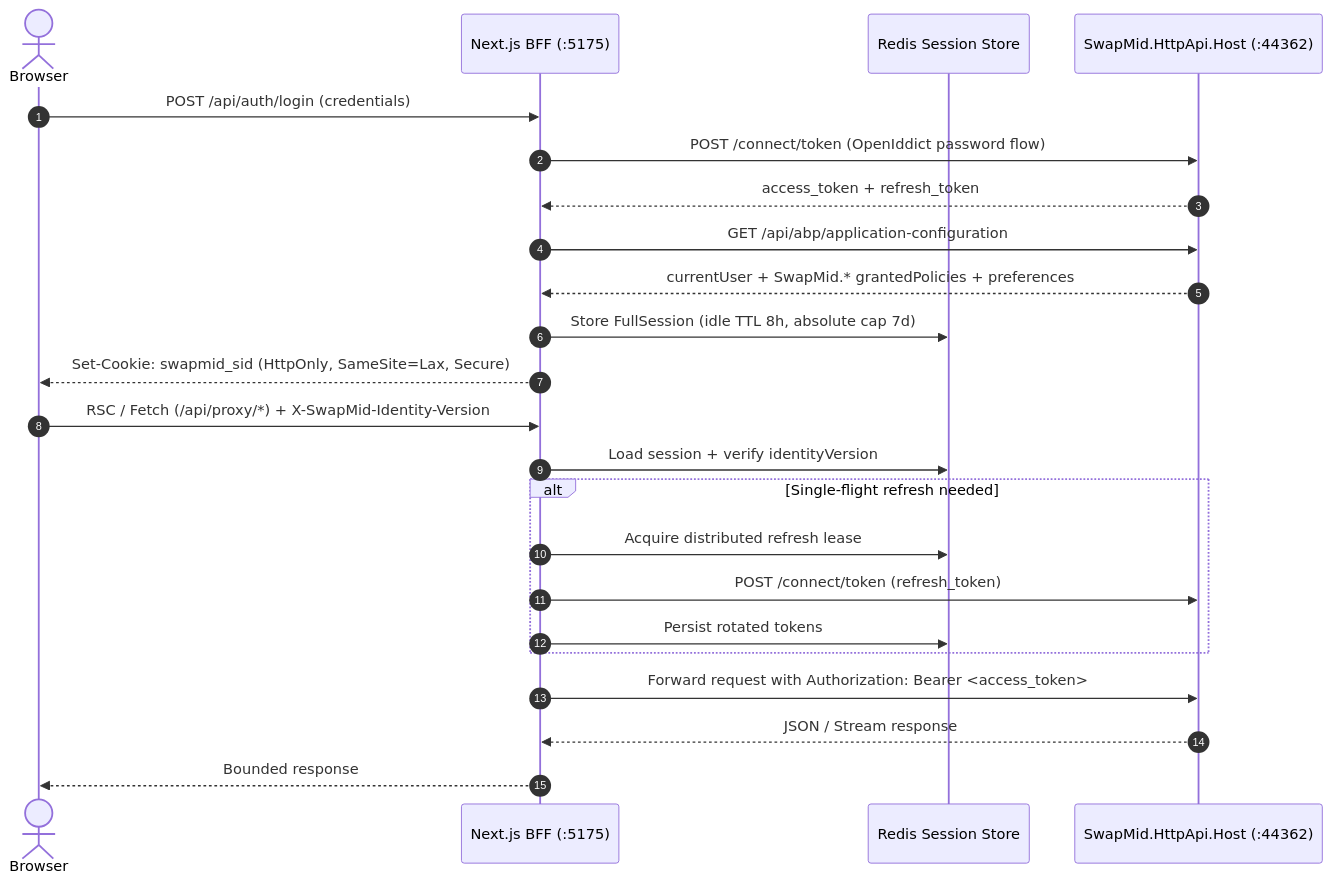
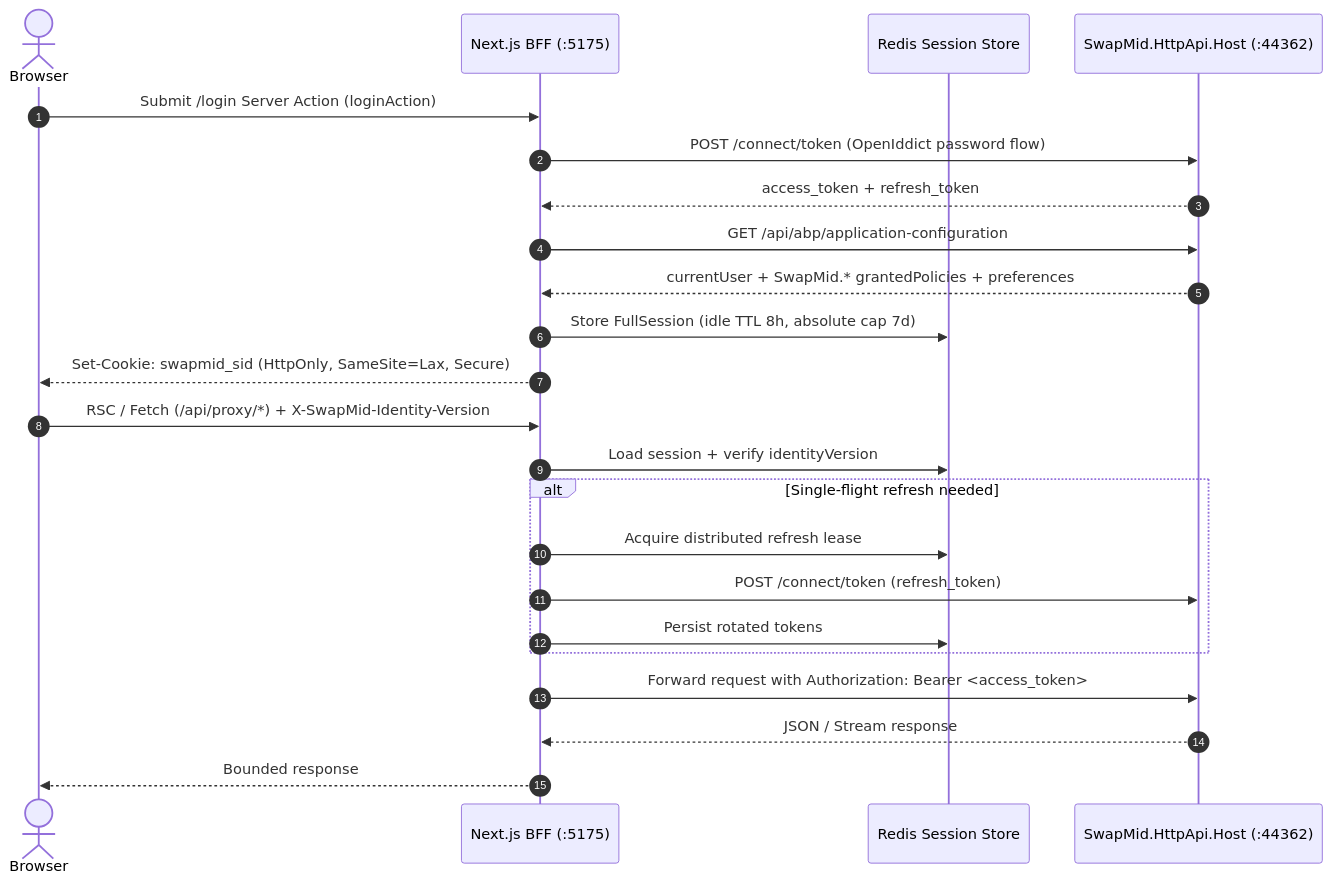
Before and after one commit to q871958549/SwapMid: the second of 2 diagrams in docs/architecture.md, drawn with Mermaid. The commit also changed other lines of this file and 84 other files, not shown here.

````diff
--- a/docs/architecture.md
+++ b/docs/architecture.md
@@ -69,27 +69,27 @@
 ```mermaid
 sequenceDiagram
   autonumber
   actor User as Browser
   participant BFF as Next.js BFF (:5175)
   participant Redis as Redis Session Store
   participant API as SwapMid.HttpApi.Host (:44362)
 
-  User->>BFF: POST /api/auth/login (credentials)
+  User->>BFF: Submit /login Server Action (loginAction)
   BFF->>API: POST /connect/token (OpenIddict password flow)
   API-->>BFF: access_token + refresh_token
   BFF->>API: GET /api/abp/application-configuration
   API-->>BFF: currentUser + SwapMid.* grantedPolicies + preferences
   BFF->>Redis: Store FullSession (idle TTL 8h, absolute cap 7d)
   BFF-->>User: Set-Cookie: swapmid_sid (HttpOnly, SameSite=Lax, Secure)
 
   User->>BFF: RSC / Fetch (/api/proxy/*) + X-SwapMid-Identity-Version
   BFF->>Redis: Load session + verify identityVersion
   alt Single-flight refresh needed
     BFF->>Redis: Acquire distributed refresh lease
     BFF->>API: POST /connect/token (refresh_token)
     BFF->>Redis: Persist rotated tokens
   end
   BFF->>API: Forward request with Authorization: Bearer <access_token>
   API-->>BFF: JSON / Stream response
   BFF-->>User: Bounded response
 ```
````
